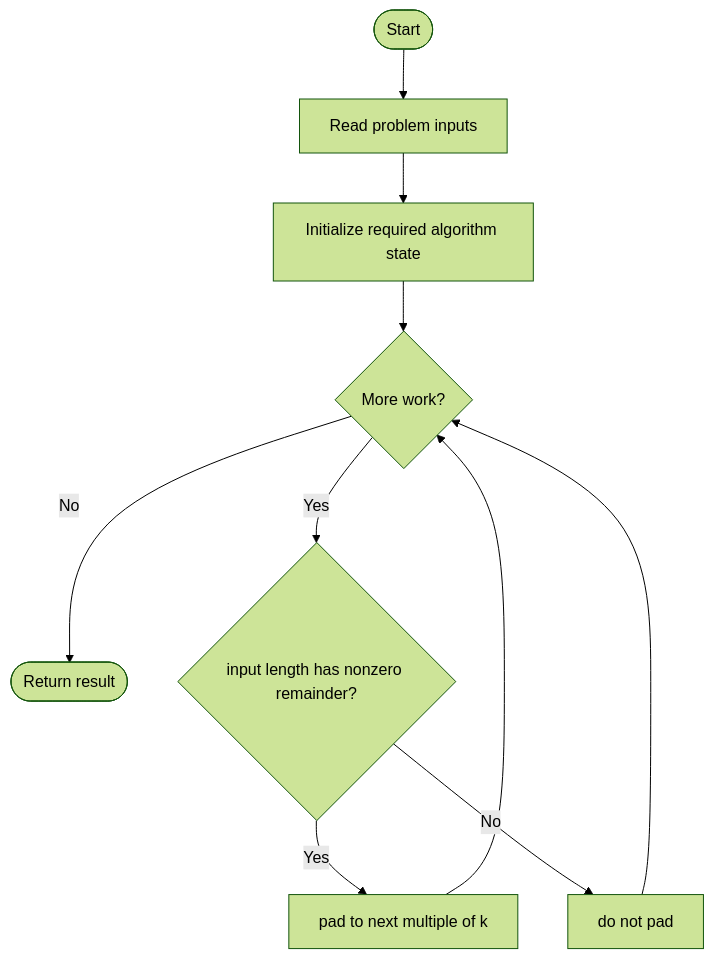
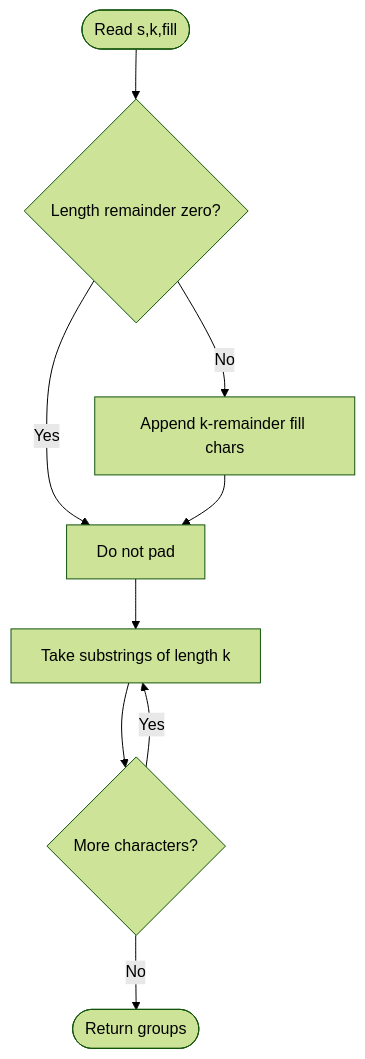
One commit to SAIDEEPBHANGE/C-CPP-Codes changed the diagram in LeetCode/2138/README.md. Above: the diagram before and after it, drawn with Mermaid (forest theme). The commit also changed other lines of this file and 196 other files, not shown here.

````diff
--- a/LeetCode/2138/README.md
+++ b/LeetCode/2138/README.md
@@ -13,12 +32,11 @@
 ```mermaid
 flowchart TD
-    A([Start]) --> B[Read problem inputs]
-    B --> C[Initialize required algorithm state]
-    C --> D{More work?}
-    D -- No --> Z([Return result])
-    D -- Yes --> E{input length has nonzero remainder?}
-    E -- Yes --> F[pad to next multiple of k]
-    E -- No --> G[do not pad]
-    F --> D
-    G --> D
+    A([Read s,k,fill]) --> B{Length remainder zero?}
+    B -- Yes --> D[Do not pad]
+    B -- No --> C[Append k-remainder fill chars]
+    C --> D
+    D --> E[Take substrings of length k]
+    E --> F{More characters?}
+    F -- Yes --> E
+    F -- No --> Z([Return groups])
 ```
````
